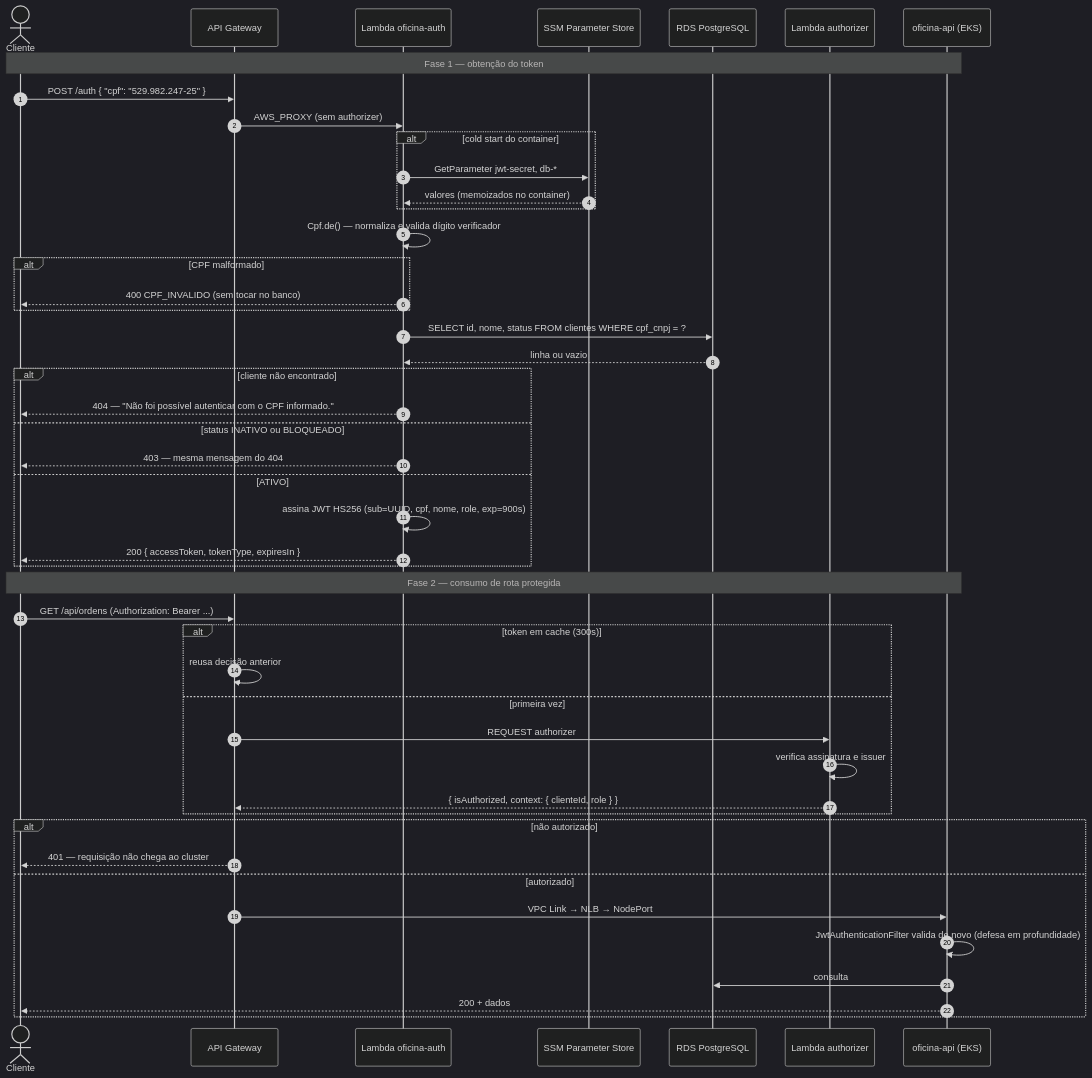
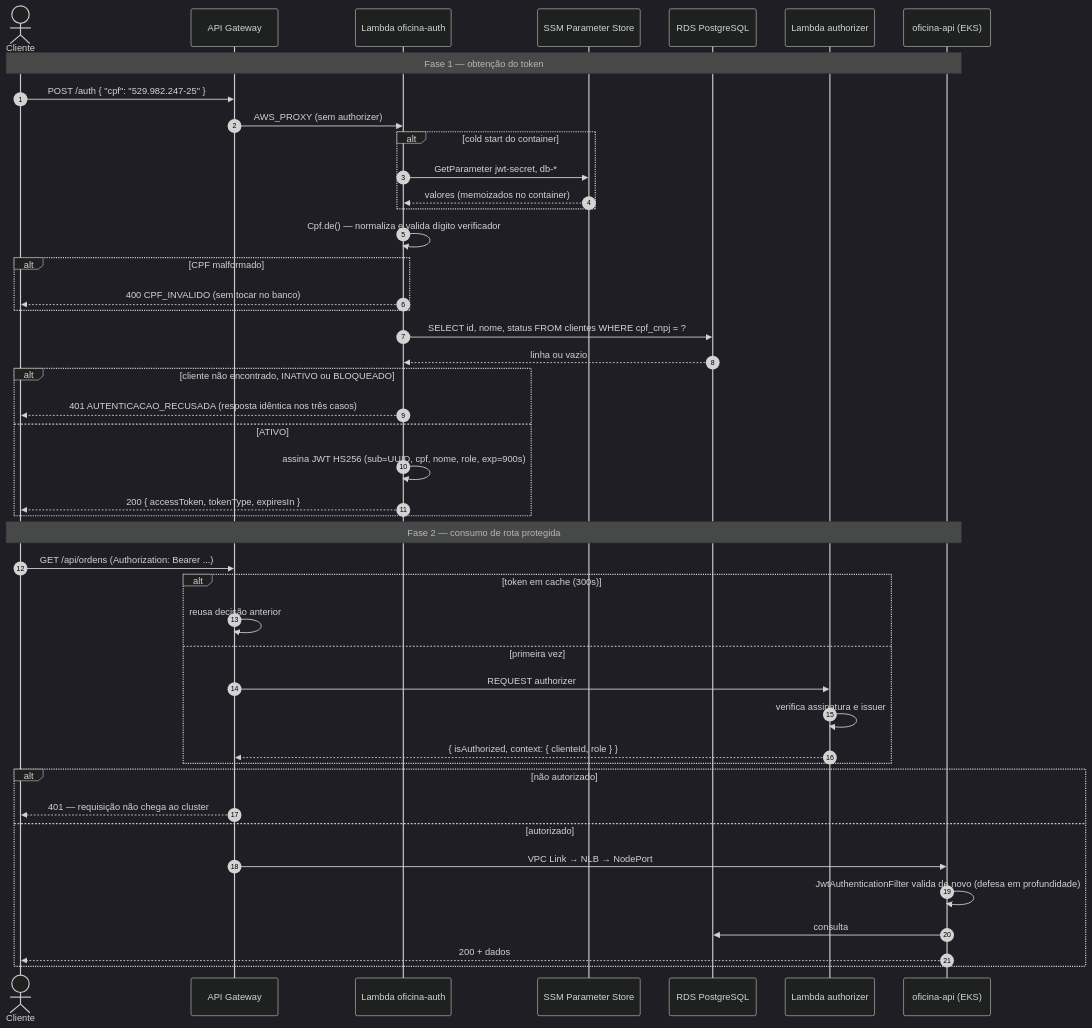
The diagram in docs/tech-challenge-3/diagramas/sequencia-autenticacao.md (Guilherme-Fumagali/tech-challenge-1), drawn with Mermaid (dark theme) before and after one commit. The commit also changed other lines of this file and 4 other files, not shown here.

````diff
--- a/docs/tech-challenge-3/diagramas/sequencia-autenticacao.md
+++ b/docs/tech-challenge-3/diagramas/sequencia-autenticacao.md
@@ -5,60 +5,58 @@
 ```mermaid
 sequenceDiagram
     autonumber
     actor C as Cliente
     participant GW as API Gateway
     participant AF as Lambda oficina-auth
     participant SSM as SSM Parameter Store
     participant DB as RDS PostgreSQL
     participant AZ as Lambda authorizer
     participant API as oficina-api (EKS)
 
     Note over C,API: Fase 1 — obtenção do token
 
     C->>GW: POST /auth { "cpf": "529.982.247-25" }
     GW->>AF: AWS_PROXY (sem authorizer)
 
     alt cold start do container
         AF->>SSM: GetParameter jwt-secret, db-*
         SSM-->>AF: valores (memoizados no container)
     end
 
     AF->>AF: Cpf.de() — normaliza e valida dígito verificador
 
     alt CPF malformado
         AF-->>C: 400 CPF_INVALIDO (sem tocar no banco)
     end
 
     AF->>DB: SELECT id, nome, status FROM clientes WHERE cpf_cnpj = ?
     DB-->>AF: linha ou vazio
 
-    alt cliente não encontrado
-        AF-->>C: 404 — "Não foi possível autenticar com o CPF informado."
-    else status INATIVO ou BLOQUEADO
-        AF-->>C: 403 — mesma mensagem do 404
+    alt cliente não encontrado, INATIVO ou BLOQUEADO
+        AF-->>C: 401 AUTENTICACAO_RECUSADA (resposta idêntica nos três casos)
     else ATIVO
         AF->>AF: assina JWT HS256 (sub=UUID, cpf, nome, role, exp=900s)
         AF-->>C: 200 { accessToken, tokenType, expiresIn }
     end
 
     Note over C,API: Fase 2 — consumo de rota protegida
 
     C->>GW: GET /api/ordens (Authorization: Bearer ...)
 
     alt token em cache (300s)
         GW->>GW: reusa decisão anterior
     else primeira vez
         GW->>AZ: REQUEST authorizer
         AZ->>AZ: verifica assinatura e issuer
         AZ-->>GW: { isAuthorized, context: { clienteId, role } }
     end
 
     alt não autorizado
         GW-->>C: 401 — requisição não chega ao cluster
     else autorizado
         GW->>API: VPC Link → NLB → NodePort
         API->>API: JwtAuthenticationFilter valida de novo (defesa em profundidade)
         API->>DB: consulta
         API-->>C: 200 + dados
     end
 ```
````
